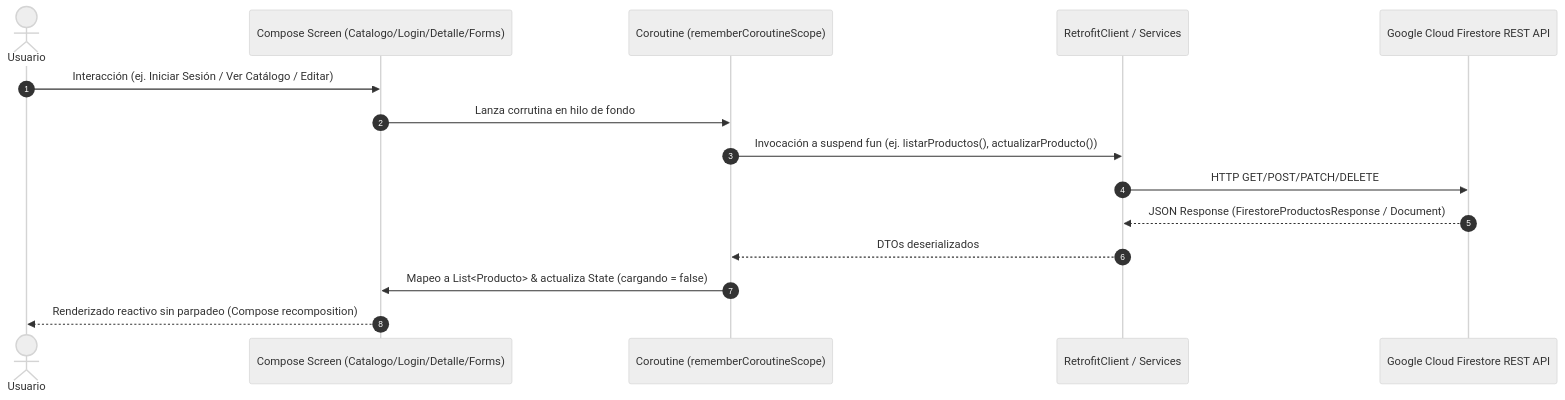
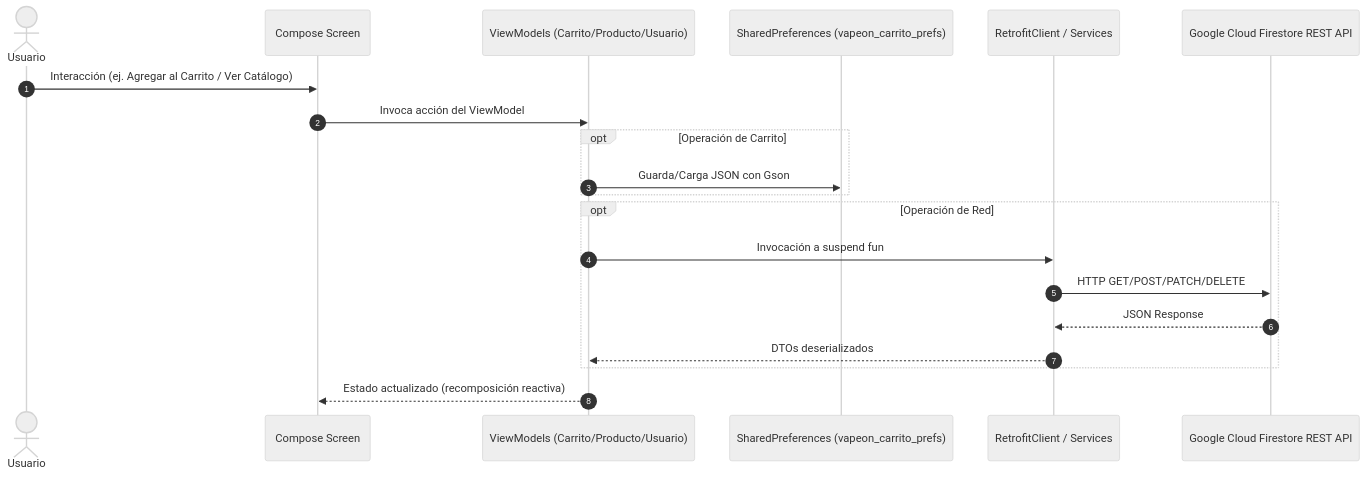
The second of 2 diagrams in doc/spec.md (Fabricio151205/AppMovil_VapeOn), drawn with Mermaid (neutral theme) before and after one commit. The commit also changed other lines of this file and 12 other files, not shown here.

````diff
--- a/doc/spec.md
+++ b/doc/spec.md
@@ -97,18 +98,23 @@
 ```mermaid
 sequenceDiagram
     autonumber
     actor Usuario
-    participant UI as Compose Screen (Catalogo/Login/Detalle/Forms)
-    participant Scope as Coroutine (rememberCoroutineScope)
+    participant UI as Compose Screen
+    participant VM as ViewModels (Carrito/Producto/Usuario)
+    participant Prefs as SharedPreferences (vapeon_carrito_prefs)
     participant Retrofit as RetrofitClient / Services
     participant Firestore as Google Cloud Firestore REST API
 
-    Usuario->>UI: Interacción (ej. Iniciar Sesión / Ver Catálogo / Editar)
-    UI->>Scope: Lanza corrutina en hilo de fondo
-    Scope->>Retrofit: Invocación a suspend fun (ej. listarProductos(), actualizarProducto())
-    Retrofit->>Firestore: HTTP GET/POST/PATCH/DELETE
-    Firestore-->>Retrofit: JSON Response (FirestoreProductosResponse / Document)
-    Retrofit-->>Scope: DTOs deserializados
-    Scope->>UI: Mapeo a List<Producto> & actualiza State (cargando = false)
-    UI-->>Usuario: Renderizado reactivo sin parpadeo (Compose recomposition)
+    Usuario->>UI: Interacción (ej. Agregar al Carrito / Ver Catálogo)
+    UI->>VM: Invoca acción del ViewModel
+    opt Operación de Carrito
+        VM->>Prefs: Guarda/Carga JSON con Gson
+    end
+    opt Operación de Red
+        VM->>Retrofit: Invocación a suspend fun
+        Retrofit->>Firestore: HTTP GET/POST/PATCH/DELETE
+        Firestore-->>Retrofit: JSON Response
+        Retrofit-->>VM: DTOs deserializados
+    end
+    VM-->>UI: Estado actualizado (recomposición reactiva)
 ```
````
